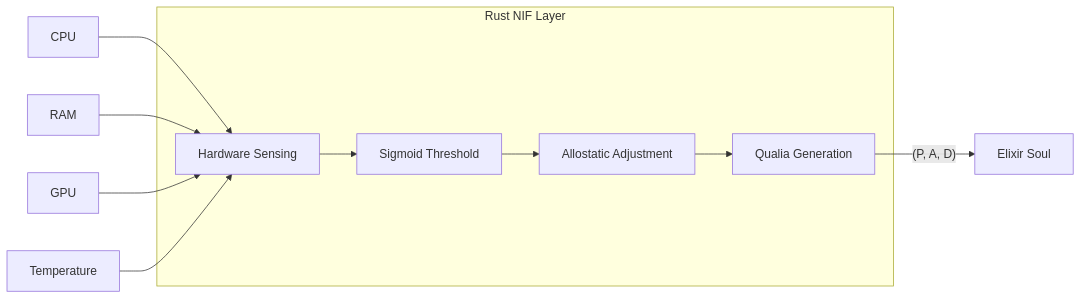
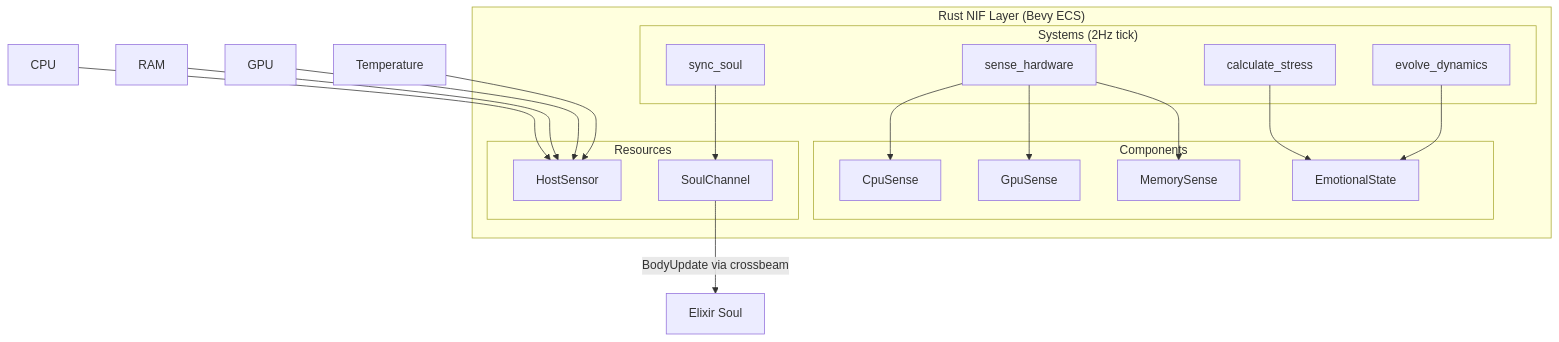
The third of 10 diagrams in docs/en/explanation/architecture.md (gabrielmaialva33/viva), drawn with Mermaid before and after one commit. The commit also changed other lines of this file and 6 other files, not shown here.

First line of the commit message:
docs: update all documentation for Bevy ECS architecture

````diff
--- a/docs/en/explanation/architecture.md
+++ b/docs/en/explanation/architecture.md
@@ -103,18 +103,37 @@
 ```mermaid
-flowchart LR
-    subgraph Rust["Rust NIF Layer"]
-        HW[Hardware Sensing]
-        Sigmoid[Sigmoid Threshold]
-        Allostasis[Allostatic Adjustment]
-        Qualia[Qualia Generation]
+flowchart TB
+    subgraph Rust["Rust NIF Layer (Bevy ECS)"]
+        subgraph Systems["Systems (2Hz tick)"]
+            SH[sense_hardware]
+            CS[calculate_stress]
+            ED[evolve_dynamics]
+            SS[sync_soul]
+        end
 
-        HW --> Sigmoid --> Allostasis --> Qualia
+        subgraph Components["Components"]
+            CPU_C[CpuSense]
+            GPU_C[GpuSense]
+            MEM_C[MemorySense]
+            EMO_C[EmotionalState]
+        end
+
+        subgraph Resources["Resources"]
+            HS[HostSensor]
+            SC[SoulChannel]
+        end
+
+        SH --> CPU_C
+        SH --> GPU_C
+        SH --> MEM_C
+        CS --> EMO_C
+        ED --> EMO_C
+        SS --> SC
     end
 
-    CPU[CPU] --> HW
-    RAM[RAM] --> HW
-    GPU[GPU] --> HW
-    Temp[Temperature] --> HW
+    CPU[CPU] --> HS
+    RAM[RAM] --> HS
+    GPU[GPU] --> HS
+    Temp[Temperature] --> HS
 
-    Qualia -->|"(P, A, D)"| Elixir[Elixir Soul]
+    SC -->|"BodyUpdate via crossbeam"| Elixir[Elixir Soul]
 ```
````
